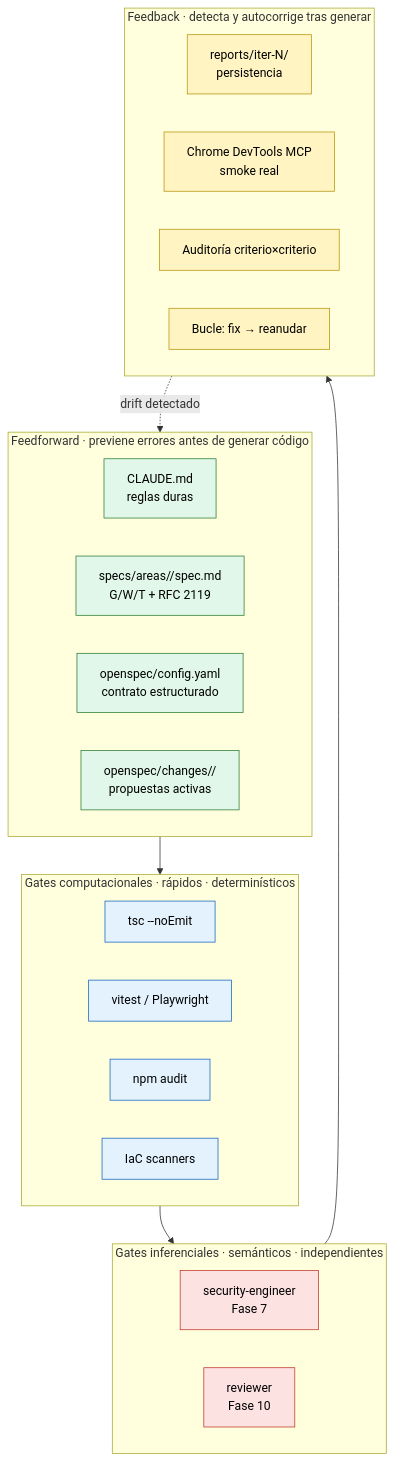
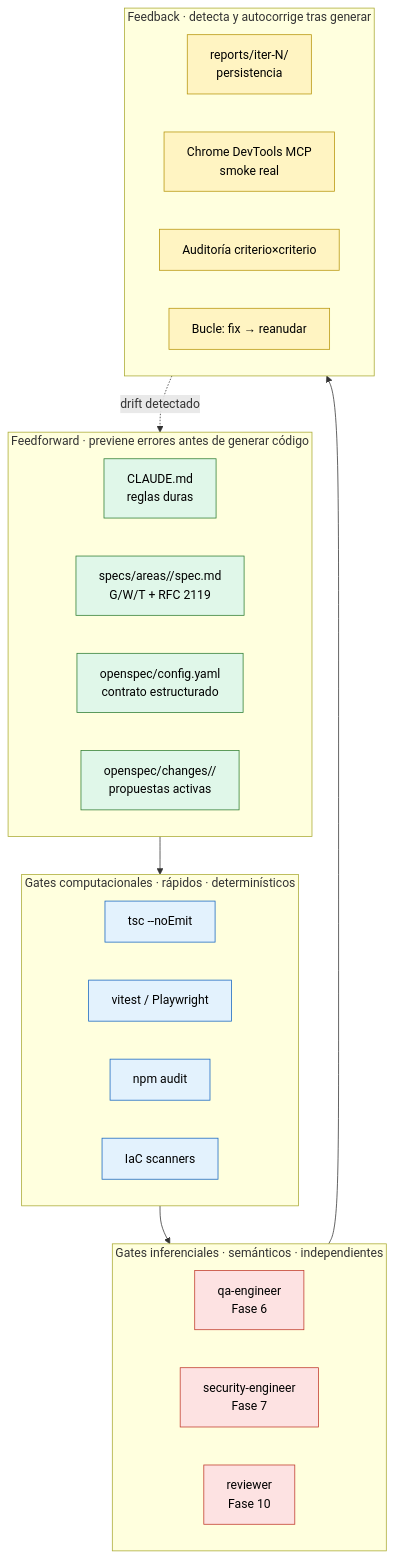
One commit to juananmora/adlc-claude-code-workspace changed the third of 10 diagrams in docs/adlc-workflow.md. Above: the diagram before and after it, drawn with Mermaid. The commit also changed other lines of this file and 1 other file, not shown here.

````diff
--- a/docs/adlc-workflow.md
+++ b/docs/adlc-workflow.md
@@ -122,39 +124,40 @@
 ```mermaid
 flowchart TB
     subgraph FF[Feedforward · previene errores antes de generar código]
         FF1[CLAUDE.md<br/>reglas duras]
         FF2[specs/areas/<area>/spec.md<br/>G/W/T + RFC 2119]
         FF3[openspec/config.yaml<br/>contrato estructurado]
         FF4[openspec/changes/<slug>/<br/>propuestas activas]
     end
     subgraph COMP[Gates computacionales · rápidos · determinísticos]
         G1[tsc --noEmit]
         G2[vitest / Playwright]
         G3[npm audit]
         G4[IaC scanners]
     end
     subgraph INF[Gates inferenciales · semánticos · independientes]
+        I0[qa-engineer<br/>Fase 6]
         I1[security-engineer<br/>Fase 7]
         I2[reviewer<br/>Fase 10]
     end
     subgraph FB[Feedback · detecta y autocorrige tras generar]
         FB1[reports/iter-N/<br/>persistencia]
         FB2[Chrome DevTools MCP<br/>smoke real]
         FB3[Auditoría criterio×criterio]
         FB4[Bucle: fix → reanudar]
     end
 
     FF --> COMP
     COMP --> INF
     INF --> FB
     FB -.->|drift detectado| FF
 
     classDef ff fill:#e0f7e9,stroke:#2e7d32,color:#000
     classDef comp fill:#e3f2fd,stroke:#1565c0,color:#000
     classDef inf fill:#fde2e2,stroke:#c0392b,color:#000
     classDef fb fill:#fff4c2,stroke:#b7950b,color:#000
     class FF1,FF2,FF3,FF4 ff
     class G1,G2,G3,G4 comp
-    class I1,I2 inf
+    class I0,I1,I2 inf
     class FB1,FB2,FB3,FB4 fb
 ```
````
